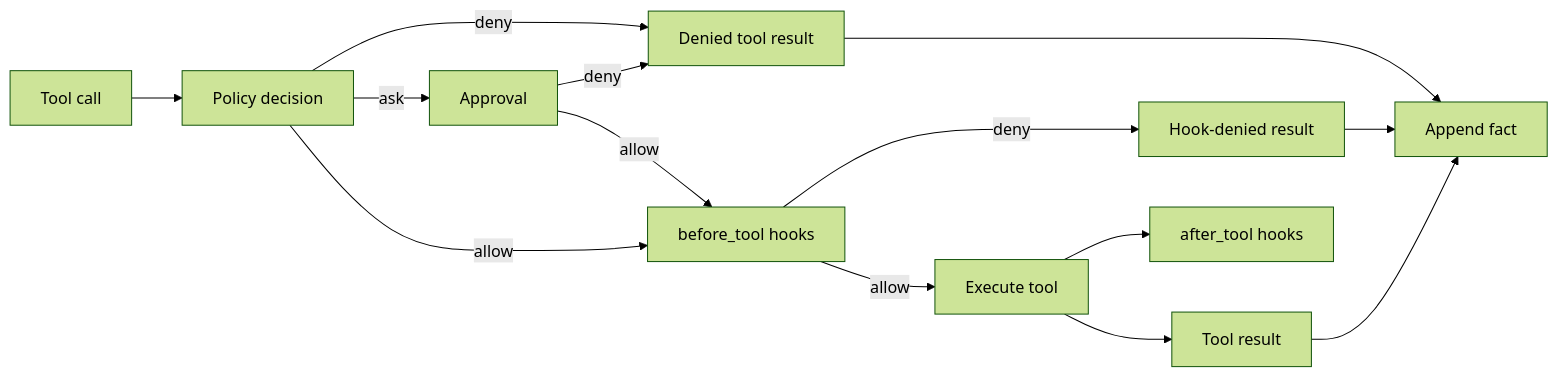
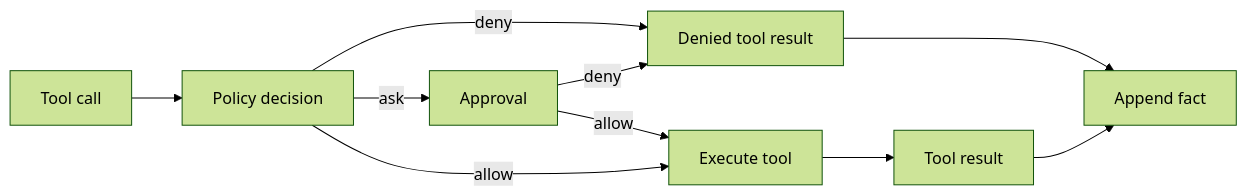
The diagram in docs/design/tool-execution.md (reddishJade/CadeMini), drawn with Mermaid (forest theme) before and after one commit. The commit also changed other lines of this file and 60 other files, not shown here.

````diff
--- a/docs/design/tool-execution.md
+++ b/docs/design/tool-execution.md
@@ -6,16 +6,12 @@
 ```mermaid
 flowchart LR
   call[Tool call] --> policy[Policy decision]
   policy -->|deny| denied[Denied tool result]
   policy -->|ask| approval[Approval]
   approval -->|deny| denied
-  approval -->|allow| before[before_tool hooks]
-  policy -->|allow| before
-  before -->|deny| hookdenied[Hook-denied result]
-  before -->|allow| execute[Execute tool]
-  execute --> after[after_tool hooks]
+  approval -->|allow| execute[Execute tool]
+  policy -->|allow| execute
   execute --> result[Tool result]
   result --> log[Append fact]
   denied --> log
-  hookdenied --> log
 ```
````
